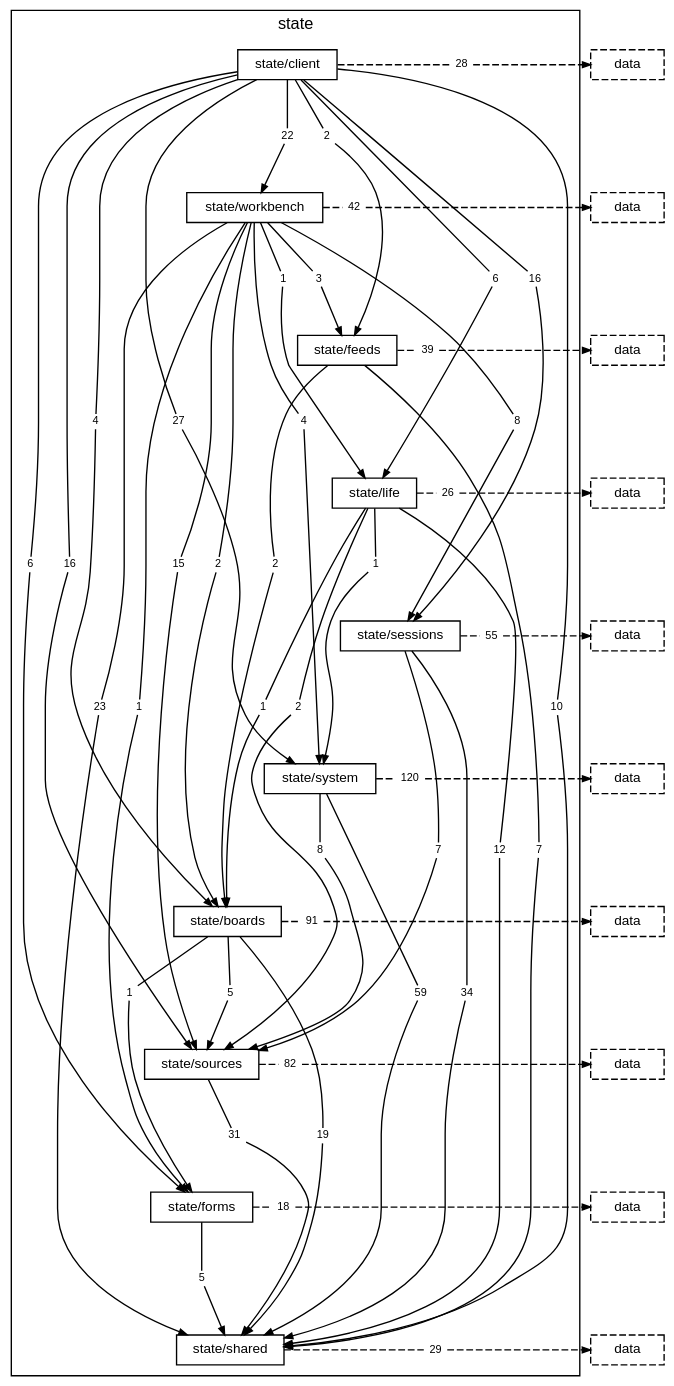
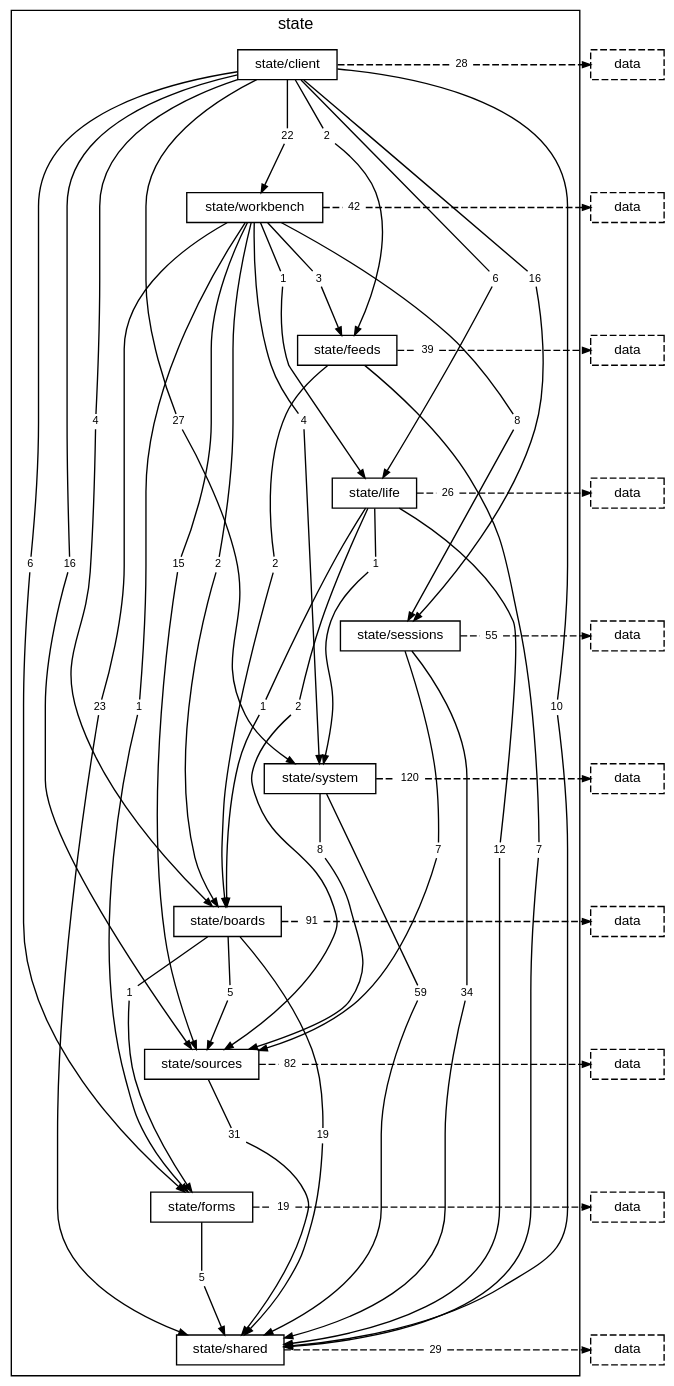
The diagram in docs/diagrams/layer-state.dot (TheAxeC/oculus), drawn with Graphviz before and after one commit. The commit also changed 74 other files, not shown here.

```diff
--- a/docs/diagrams/layer-state.dot
+++ b/docs/diagrams/layer-state.dot
@@ -54,7 +54,7 @@
         "folder state/sources to folder state/shared" [label="31", shape=box, color="transparent", fontsize=8, width=0, height=0, margin="0.04,0.02"];
         "folder state/sources to layer data" [label="82", shape=box, color="transparent", fontsize=8, width=0, height=0, margin="0.04,0.02"];
         "folder state/forms to folder state/shared" [label="5", shape=box, color="transparent", fontsize=8, width=0, height=0, margin="0.04,0.02"];
-        "folder state/forms to layer data" [label="18", shape=box, color="transparent", fontsize=8, width=0, height=0, margin="0.04,0.02"];
+        "folder state/forms to layer data" [label="19", shape=box, color="transparent", fontsize=8, width=0, height=0, margin="0.04,0.02"];
         "folder state/shared to layer data" [label="29", shape=box, color="transparent", fontsize=8, width=0, height=0, margin="0.04,0.02"];
     }
     "layer data from folder state/client" [label="data", style=dashed];
```
